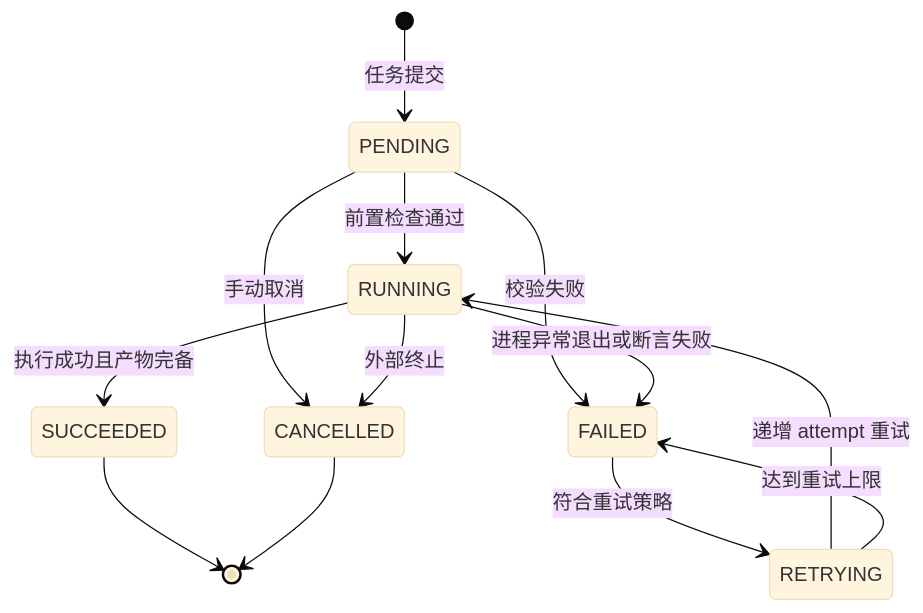
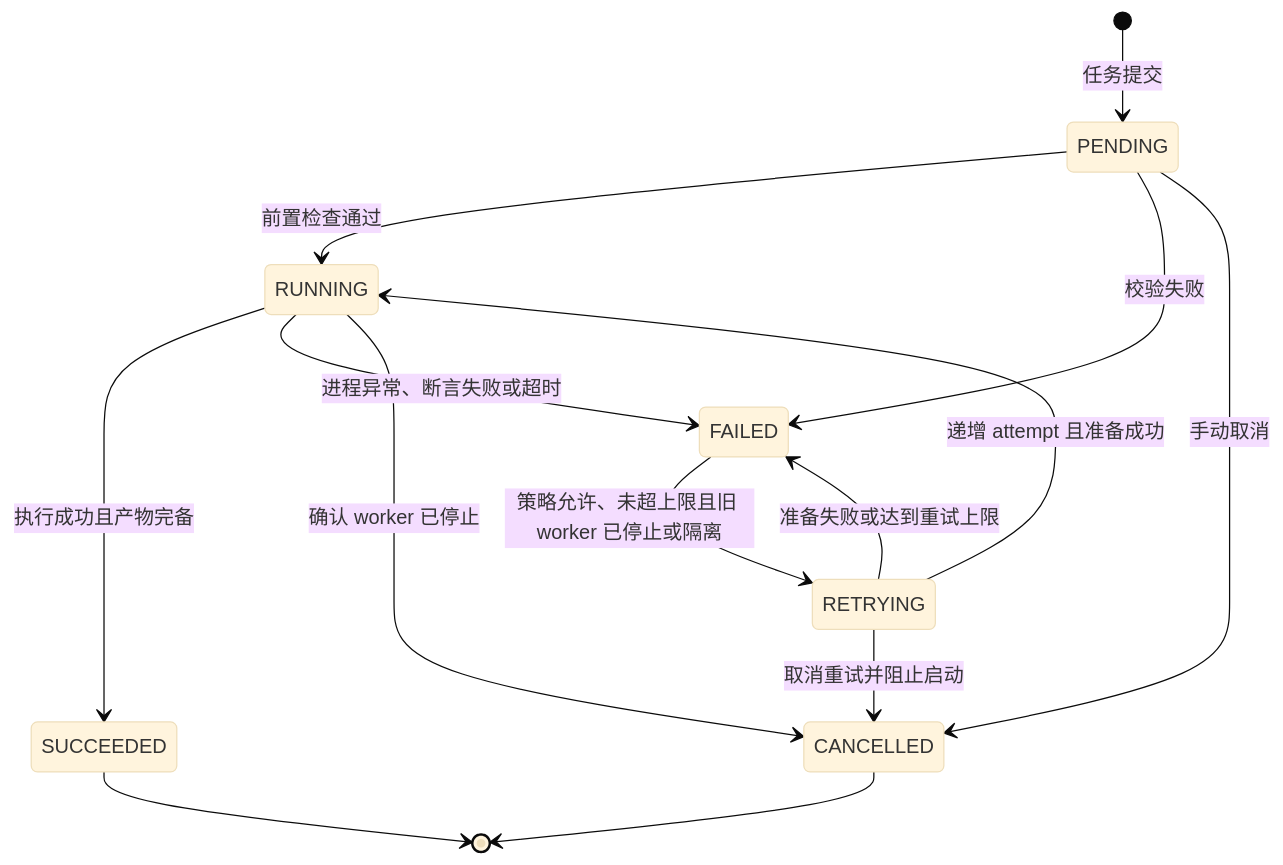
One commit to QingMouFoodDate/ProjectPRD changed the diagram in contracts/TRAINING.md. Above: the diagram before and after it, drawn with Mermaid (base theme). The commit also changed other lines of this file and 15 other files, not shown here.

````diff
--- a/contracts/TRAINING.md
+++ b/contracts/TRAINING.md
@@ -65,15 +67,16 @@
 ```mermaid
 stateDiagram-v2
     [*] --> PENDING: 任务提交
     PENDING --> RUNNING: 前置检查通过
     PENDING --> FAILED: 校验失败
     PENDING --> CANCELLED: 手动取消
     RUNNING --> SUCCEEDED: 执行成功且产物完备
-    RUNNING --> FAILED: 进程异常退出或断言失败
-    RUNNING --> CANCELLED: 外部终止
-    FAILED --> RETRYING: 符合重试策略
-    RETRYING --> RUNNING: 递增 attempt 重试
-    RETRYING --> FAILED: 达到重试上限
+    RUNNING --> FAILED: 进程异常、断言失败或超时
+    RUNNING --> CANCELLED: 确认 worker 已停止
+    FAILED --> RETRYING: 策略允许、未超上限且旧 worker 已停止或隔离
+    RETRYING --> RUNNING: 递增 attempt 且准备成功
+    RETRYING --> FAILED: 准备失败或达到重试上限
+    RETRYING --> CANCELLED: 取消重试并阻止启动
     SUCCEEDED --> [*]
     CANCELLED --> [*]
 ```
````
